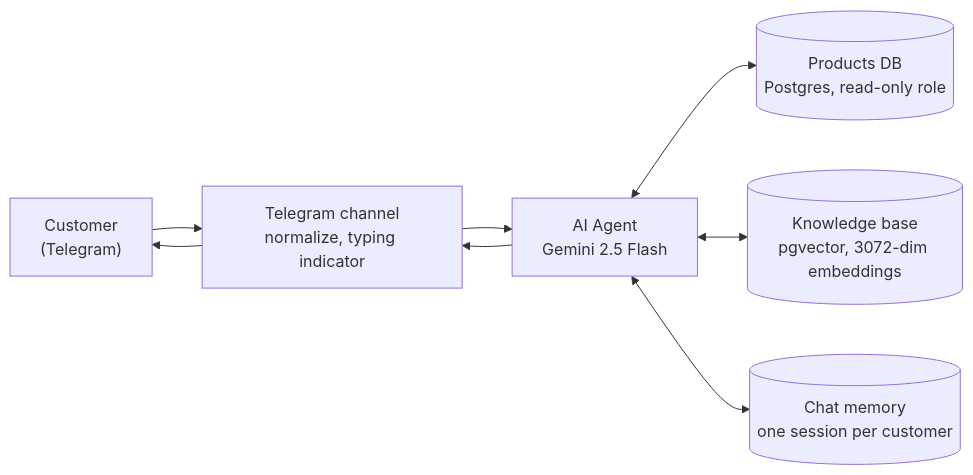
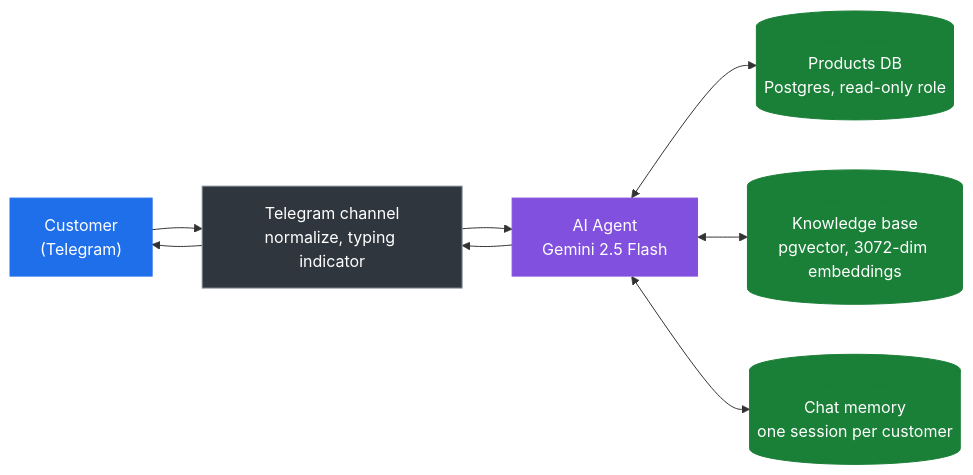
The first of 2 diagrams in README.md (YahiaRabbi/hybrid-rag-sales-agent), drawn with Mermaid before and after one commit. The commit also changed other lines of this file and 9 other files, not shown here.

Commit message:
Add webhook auth, SQL timeout, diagram styling

````diff
--- a/README.md
+++ b/README.md
@@ -71,11 +71,20 @@
 ```mermaid
 flowchart LR
     C["Customer<br/>(Telegram)"] --> T["Telegram channel<br/>normalize, typing indicator"]
     T --> A["AI Agent<br/>Gemini 2.5 Flash"]
     A --> T
     T --> C
 
     A <--> SQL[("Products DB<br/>Postgres, read-only role")]
     A <--> KB[("Knowledge base<br/>pgvector, 3072-dim embeddings")]
     A <--> M[("Chat memory<br/>one session per customer")]
+
+    classDef user fill:#1f6feb,stroke:#1f6feb,color:#ffffff
+    classDef channel fill:#30363d,stroke:#8b949e,color:#ffffff
+    classDef brain fill:#8250df,stroke:#8250df,color:#ffffff
+    classDef store fill:#1a7f37,stroke:#1a7f37,color:#ffffff
+    class C user
+    class T channel
+    class A brain
+    class SQL,KB,M store
 ```
````
